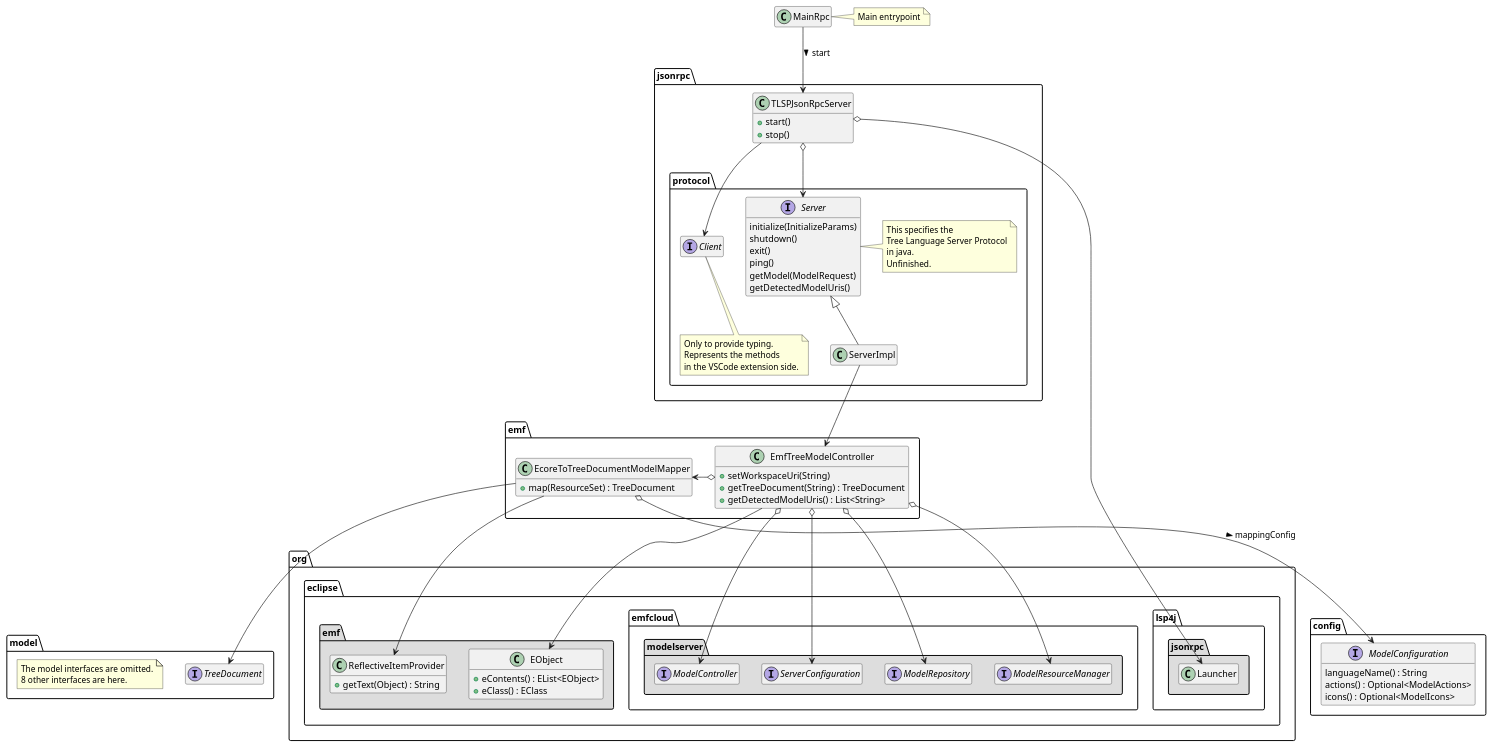
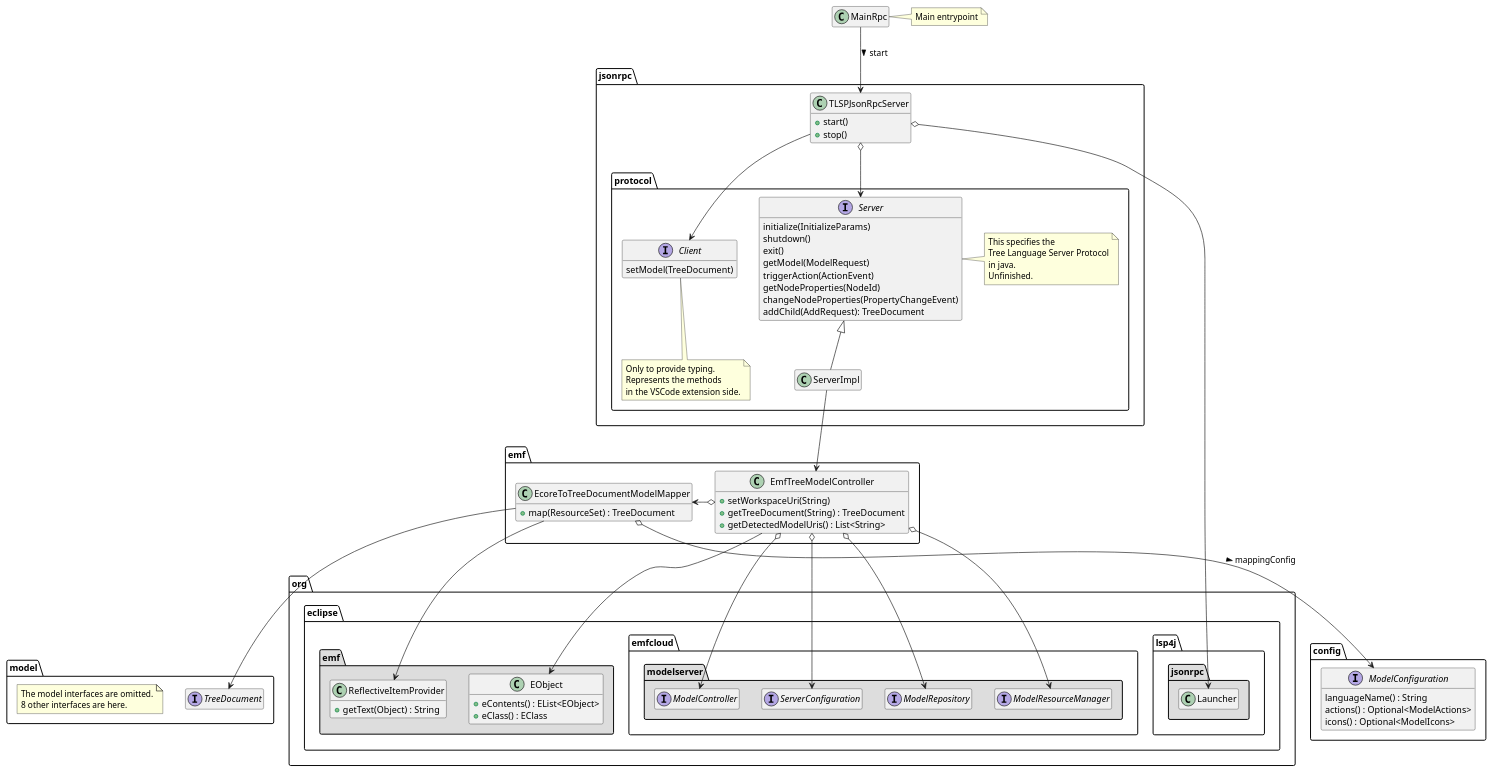
The diagram in figures/tree-language-server.code.puml (krissrex/tdt4900-master-thesis-cloud-modeling-latex), drawn with PlantUML before and after one commit. The commit also changed 1 other file, not shown here.

Commit message:
Add protocol to diagram

```diff
--- a/figures/tree-language-server.code.puml
+++ b/figures/tree-language-server.code.puml
@@ -1,116 +1,120 @@
 @startuml Tree_Language_Server_code
 hide empty members
 
 class MainRpc
 note right of MainRpc : Main entrypoint
 
 package emf {
   class EmfTreeModelController {
     + setWorkspaceUri(String)
     + getTreeDocument(String) : TreeDocument
     + getDetectedModelUris() : List<String>
   }
 
   class EcoreToTreeDocumentModelMapper {
     + map(ResourceSet) : TreeDocument
   }
 
   EcoreToTreeDocumentModelMapper <-o EmfTreeModelController
 }
 
 package model {
   interface TreeDocument
 
   note as noteModel
     The model interfaces are omitted.
     8 other interfaces are here.
   end note
 }
 
 package jsonrpc {
   class TLSPJsonRpcServer {
     + start()
     + stop()
   }
 
   package protocol {
-    interface Client
+    interface Client {
+      setModel(TreeDocument)
+    }
     
     note bottom of Client
       Only to provide typing.
       Represents the methods
       in the VSCode extension side.
     end note
 
     interface Server {
       initialize(InitializeParams)
       shutdown()
       exit()
-      ping()
       getModel(ModelRequest)
-      getDetectedModelUris()
+      triggerAction(ActionEvent)
+      getNodeProperties(NodeId)
+      changeNodeProperties(PropertyChangeEvent)
+      addChild(AddRequest): TreeDocument
     }
 
     note right of Server 
       This specifies the
       Tree Language Server Protocol
       in java.
       Unfinished.
     end note
 
     class ServerImpl
 
     Server <|-- ServerImpl
 
   }
 
   TLSPJsonRpcServer o-> Server
   TLSPJsonRpcServer --> Client
 
 }
 
 package "org.eclipse.lsp4j.jsonrpc" #DDDDDD {
   class Launcher
 }
 
 package "org.eclipse.emfcloud.modelserver" #DDDDDD {
   interface ModelController
   interface ModelRepository
   interface ModelResourceManager
   interface ServerConfiguration
 }
 
 package "org.eclipse.emf" #DDDDDD {
   class ReflectiveItemProvider {
     + getText(Object) : String
   }
   class EObject {
     + eContents() : EList<EObject>
     + eClass() : EClass
   }
 }
 
 package config {
   interface ModelConfiguration {
     languageName() : String
     actions() : Optional<ModelActions>
     icons() : Optional<ModelIcons>
   }
 }
 
 MainRpc --> TLSPJsonRpcServer : start >
 TLSPJsonRpcServer o--> Launcher
 
 ServerImpl --> EmfTreeModelController
 
 EcoreToTreeDocumentModelMapper o--> ModelConfiguration : mappingConfig >
 EcoreToTreeDocumentModelMapper --> TreeDocument
 EcoreToTreeDocumentModelMapper --> ReflectiveItemProvider
 
 EmfTreeModelController o-> ModelRepository
 EmfTreeModelController o->  ModelResourceManager
 EmfTreeModelController o-> ModelController
 EmfTreeModelController o-> ServerConfiguration
 EmfTreeModelController --> EObject
 
 @enduml
```
